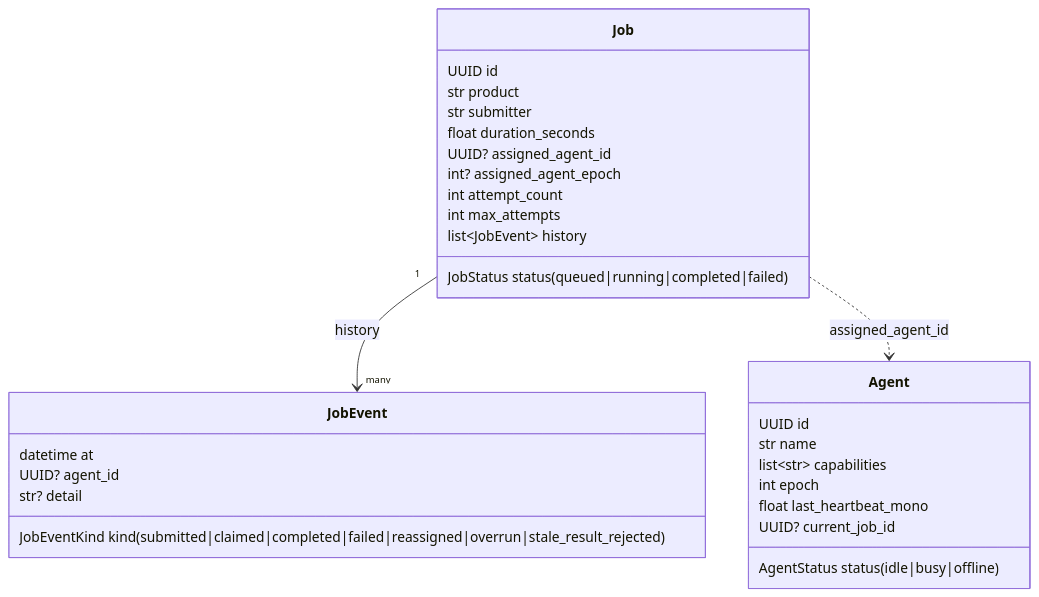
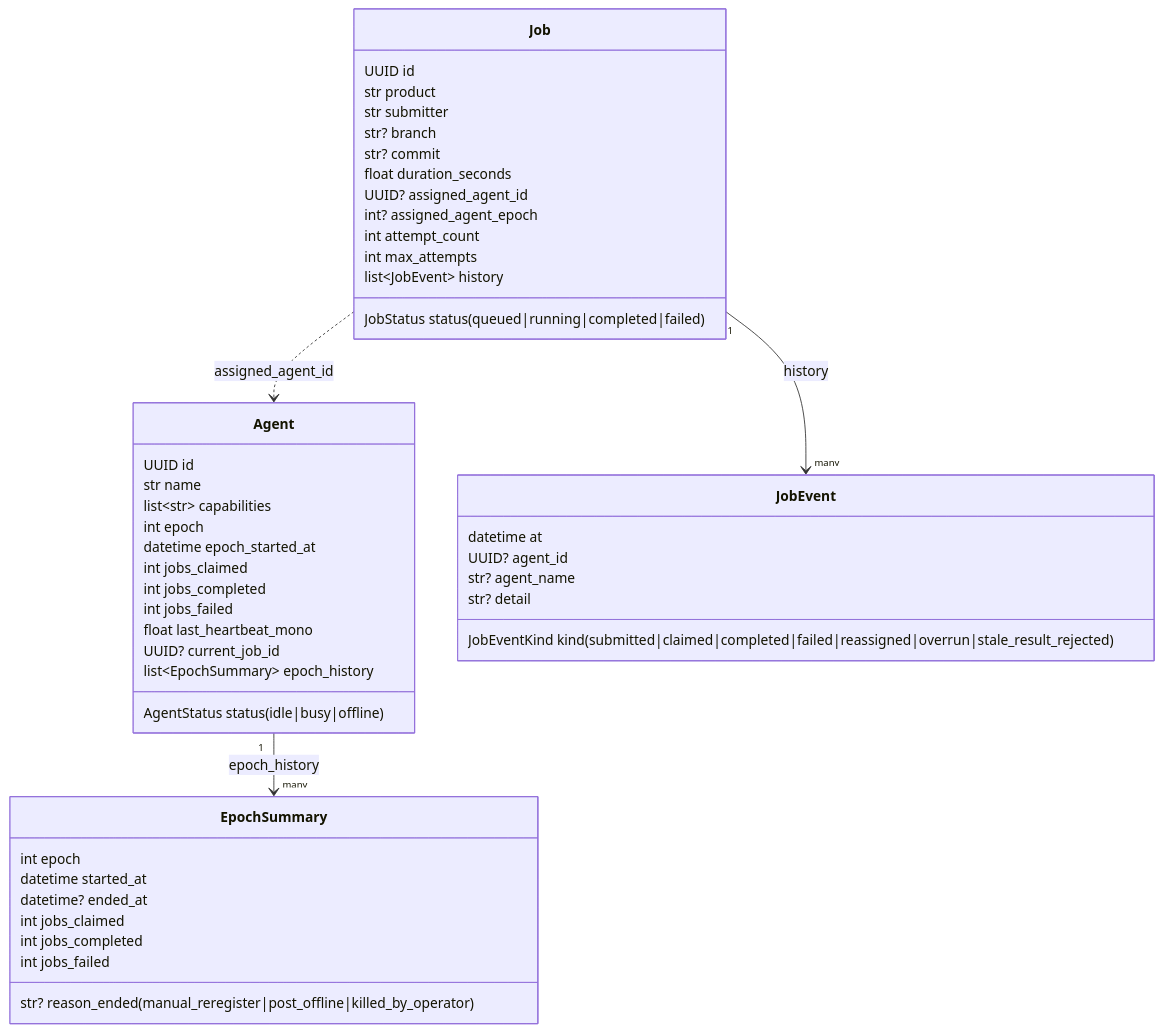
Before and after one commit to jhorne12345/samsara-tss: the third of 6 diagrams in docs/architecture.md, drawn with Mermaid. The commit also changed other lines of this file and 1 other file, not shown here.

First line of the commit message:
docs: cross-check README + architecture against current code

````diff
--- a/docs/architecture.md
+++ b/docs/architecture.md
@@ -100,32 +100,50 @@
 ```mermaid
 classDiagram
     class Agent {
         UUID id
         str name
         list~str~ capabilities
         AgentStatus status (idle|busy|offline)
         int epoch
+        datetime epoch_started_at
+        int jobs_claimed
+        int jobs_completed
+        int jobs_failed
         float last_heartbeat_mono
         UUID? current_job_id
+        list~EpochSummary~ epoch_history
     }
     class Job {
         UUID id
         str product
         str submitter
+        str? branch
+        str? commit
         float duration_seconds
         JobStatus status (queued|running|completed|failed)
         UUID? assigned_agent_id
         int? assigned_agent_epoch
         int attempt_count
         int max_attempts
         list~JobEvent~ history
     }
     class JobEvent {
         datetime at
         JobEventKind kind (submitted|claimed|completed|failed|reassigned|overrun|stale_result_rejected)
         UUID? agent_id
+        str? agent_name
         str? detail
+    }
+    class EpochSummary {
+        int epoch
+        datetime started_at
+        datetime? ended_at
+        str? reason_ended (manual_reregister|post_offline|killed_by_operator)
+        int jobs_claimed
+        int jobs_completed
+        int jobs_failed
     }
     Job "1" --> "many" JobEvent : history
     Job ..> Agent : assigned_agent_id
+    Agent "1" --> "many" EpochSummary : epoch_history
 ```
````
